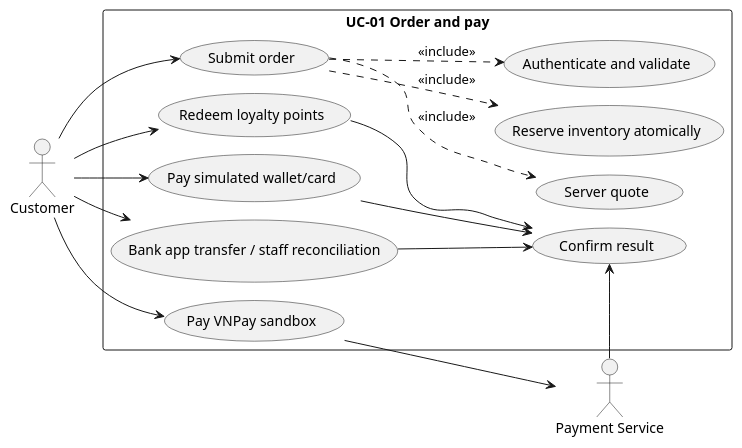
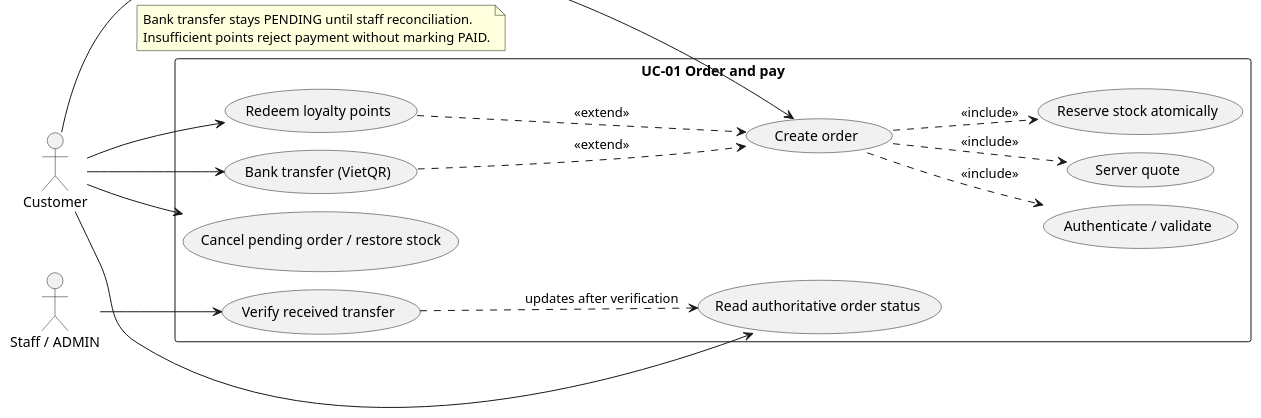
The diagram in docs/diagrams/checkout-use-case.puml (https-monstiez/BrewLite-AS2), drawn with PlantUML before and after one commit. The commit also changed 30 other files, not shown here.

Commit message:
docs: deliver bank and points report in PDF and Word with updated demo

```diff
--- a/docs/diagrams/checkout-use-case.puml
+++ b/docs/diagrams/checkout-use-case.puml
@@ -1,32 +1,35 @@
 @startuml
 !pragma layout smetana
 skinparam shadowing false
 skinparam defaultFontName SansSerif
 left to right direction
 actor Customer
-actor "Payment Service" as PSP
+actor "Staff / ADMIN" as Staff
 rectangle "UC-01 Order and pay" {
- usecase "Submit order" as order
- usecase "Authenticate and validate" as validate
+ usecase "Create order" as order
+ usecase "Authenticate / validate" as validate
  usecase "Server quote" as quote
- usecase "Reserve inventory atomically" as reserve
- usecase "Pay simulated wallet/card" as sim
- usecase "Pay VNPay sandbox" as vnp
- usecase "Bank app transfer / staff reconciliation" as bank
+ usecase "Reserve stock atomically" as reserve
+ usecase "Bank transfer (VietQR)" as bank
  usecase "Redeem loyalty points" as points
- usecase "Confirm result" as result
+ usecase "Verify received transfer" as reconcile
+ usecase "Read authoritative order status" as status
+ usecase "Cancel pending order / restore stock" as cancel
 }
 Customer --> order
+Customer --> bank
+Customer --> points
+Customer --> status
+Customer --> cancel
+Staff --> reconcile
 order ..> validate : <<include>>
 order ..> quote : <<include>>
 order ..> reserve : <<include>>
-Customer --> sim
-Customer --> vnp
-Customer --> points
-Customer --> bank
-bank --> result
-PSP --> result
-vnp --> PSP
-sim --> result
-points --> result
+bank ..> order : <<extend>>
+points ..> order : <<extend>>
+reconcile ..> status : updates after verification
+note bottom of bank
+Bank transfer stays PENDING until staff reconciliation.
+Insufficient points reject payment without marking PAID.
+end note
 @enduml
```
